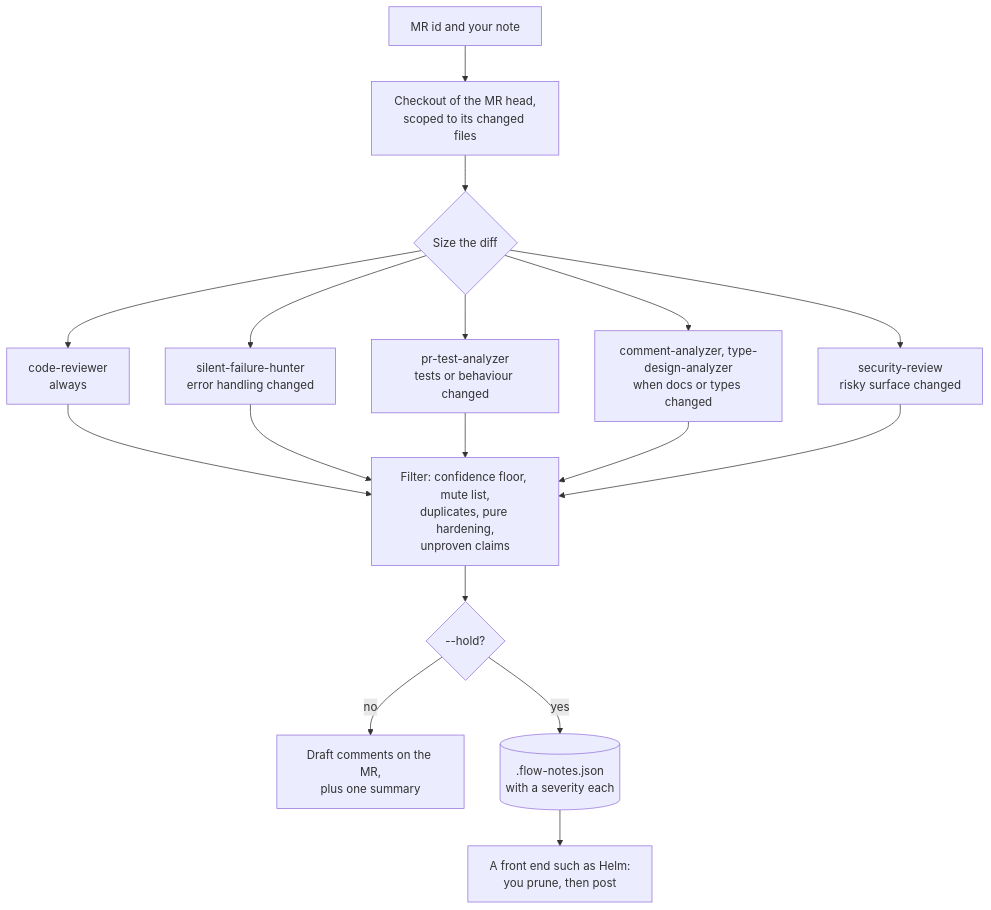
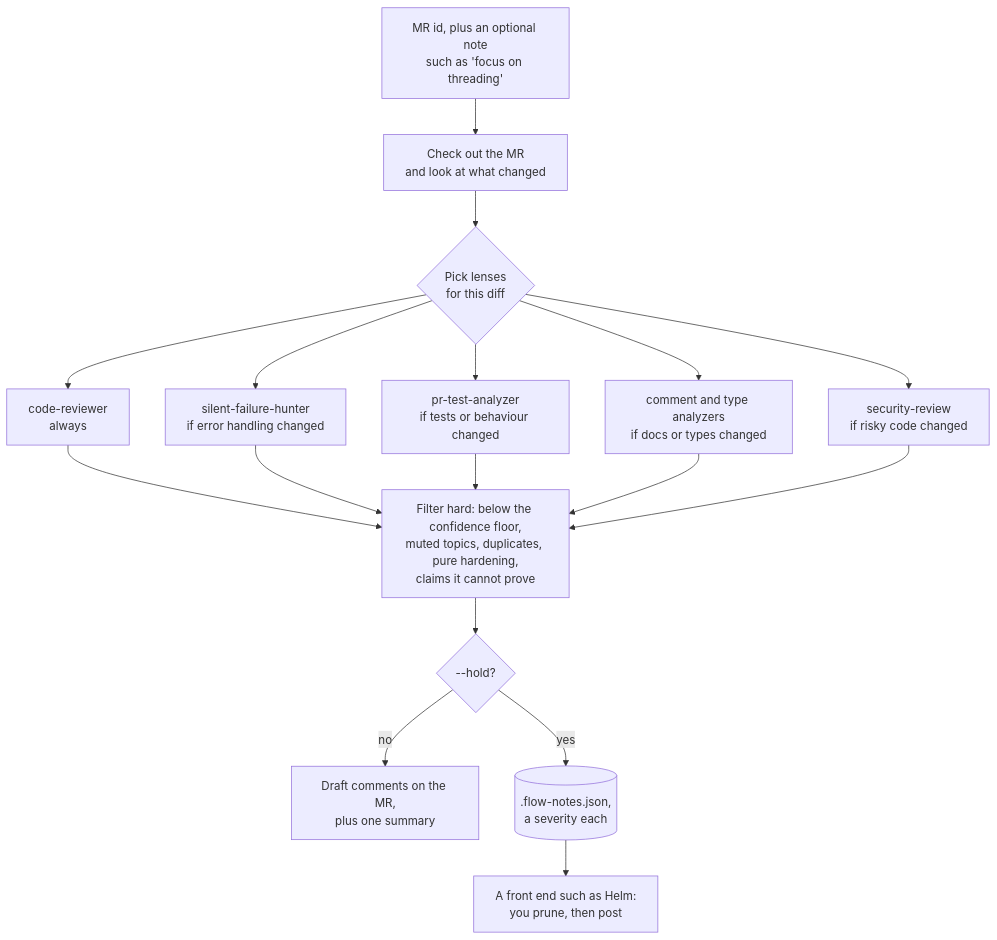
Before and after one commit to MarkusVGJensen/flow: the fifth of 5 diagrams in README.md, drawn with Mermaid. The commit also changed other lines of this file, not shown here.

````diff
--- a/README.md
+++ b/README.md
@@ -172,19 +414,15 @@
 ```mermaid
 flowchart TD
-  M["MR id and your note"] --> W["Checkout of the MR head,<br/>scoped to its changed files"]
-  W --> S{"Size the diff"}
+  M["MR id, plus an optional note<br/>such as 'focus on threading'"] --> W["Check out the MR<br/>and look at what changed"]
+  W --> S{"Pick lenses<br/>for this diff"}
   S --> L1["code-reviewer<br/>always"]
-  S --> L2["silent-failure-hunter<br/>error handling changed"]
-  S --> L3["pr-test-analyzer<br/>tests or behaviour changed"]
-  S --> L4["comment-analyzer, type-design-analyzer<br/>when docs or types changed"]
-  S --> L5["security-review<br/>risky surface changed"]
-  L1 --> F["Filter: confidence floor, mute list,<br/>duplicates, pure hardening,<br/>unproven claims"]
-  L2 --> F
-  L3 --> F
-  L4 --> F
-  L5 --> F
+  S --> L2["silent-failure-hunter<br/>if error handling changed"]
+  S --> L3["pr-test-analyzer<br/>if tests or behaviour changed"]
+  S --> L4["comment and type analyzers<br/>if docs or types changed"]
+  S --> L5["security-review<br/>if risky code changed"]
+  L1 & L2 & L3 & L4 & L5 --> F["Filter hard: below the confidence floor,<br/>muted topics, duplicates, pure hardening,<br/>claims it cannot prove"]
   F --> D{"--hold?"}
   D -- "no" --> P["Draft comments on the MR,<br/>plus one summary"]
-  D -- "yes" --> H[(".flow-notes.json<br/>with a severity each")]
+  D -- "yes" --> H[(".flow-notes.json,<br/>a severity each")]
   H --> FE["A front end such as Helm:<br/>you prune, then post"]
 ```
````
